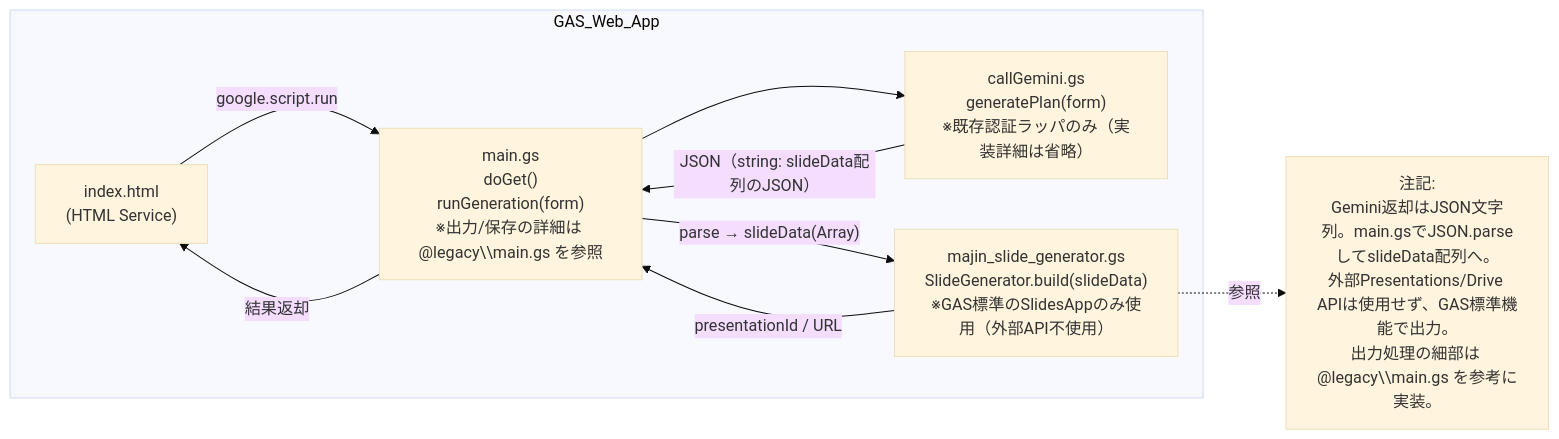
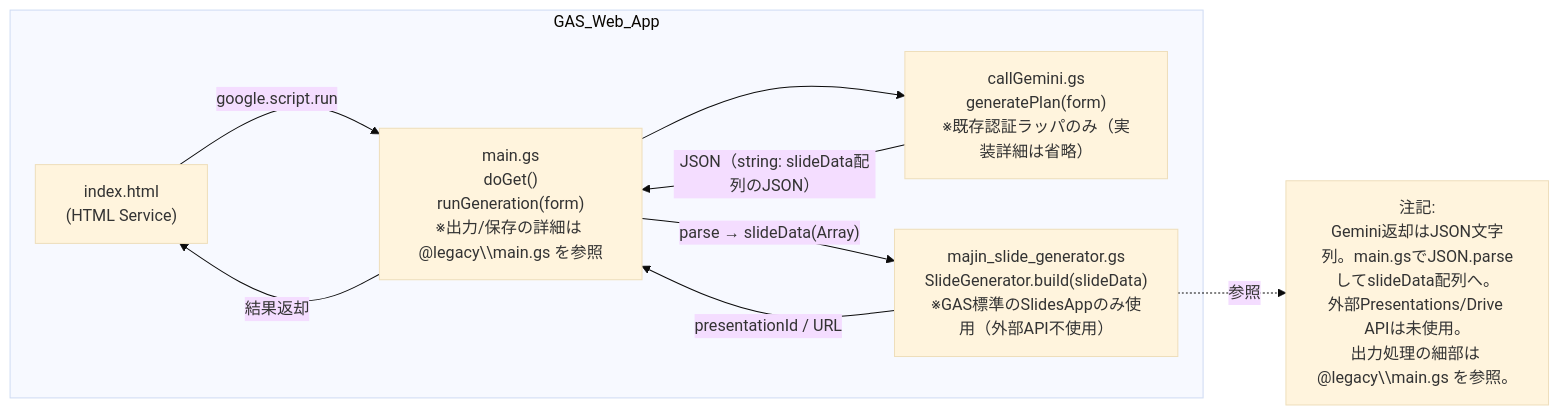
One commit to tpn-yasushi-oida/slide-generator changed the second of 2 diagrams in majin_style/docs/SPEC.md. Above: the diagram before and after it, drawn with Mermaid (base theme). The commit also changed other lines of this file and 1 other file, not shown here.

````diff
--- a/majin_style/docs/SPEC.md
+++ b/majin_style/docs/SPEC.md
@@ -31,22 +27,22 @@
 ```mermaid
 flowchart LR
   subgraph GAS_Web_App
     A["index.html<br/>(HTML Service)"]
     B["main.gs<br/>doGet()<br/>runGeneration(form)<br/>※出力/保存の詳細は @legacy\\main.gs を参照"]
     C["callGemini.gs<br/>generatePlan(form)<br/>※既存認証ラッパのみ（実装詳細は省略）"]
     D["majin_slide_generator.gs<br/>SlideGenerator.build(slideData)<br/>※GAS標準のSlidesAppのみ使用（外部API不使用）"]
   end
 
   A -- "google.script.run" --> B
   B --> C
   C -- "JSON（string: slideData配列のJSON）" --> B
   B -- "parse → slideData(Array)" --> D
   D -- "presentationId / URL" --> B
   B -- "結果返却" --> A
 
-  Note["注記:<br/>Gemini返却はJSON文字列。main.gsでJSON.parseしてslideData配列へ。<br/>外部Presentations/Drive APIは使用せず、GAS標準機能で出力。<br/>出力処理の細部は @legacy\\main.gs を参考に実装。"]
+  Note["注記:<br/>Gemini返却はJSON文字列。main.gsでJSON.parseしてslideData配列へ。<br/>外部Presentations/Drive APIは未使用。<br/>出力処理の細部は @legacy\\main.gs を参照。"]
   D -. 参照 .-> Note
 
 
 
 ```
````
